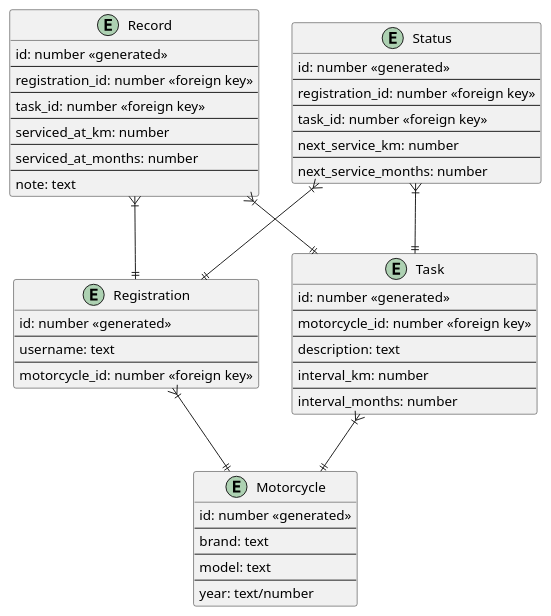
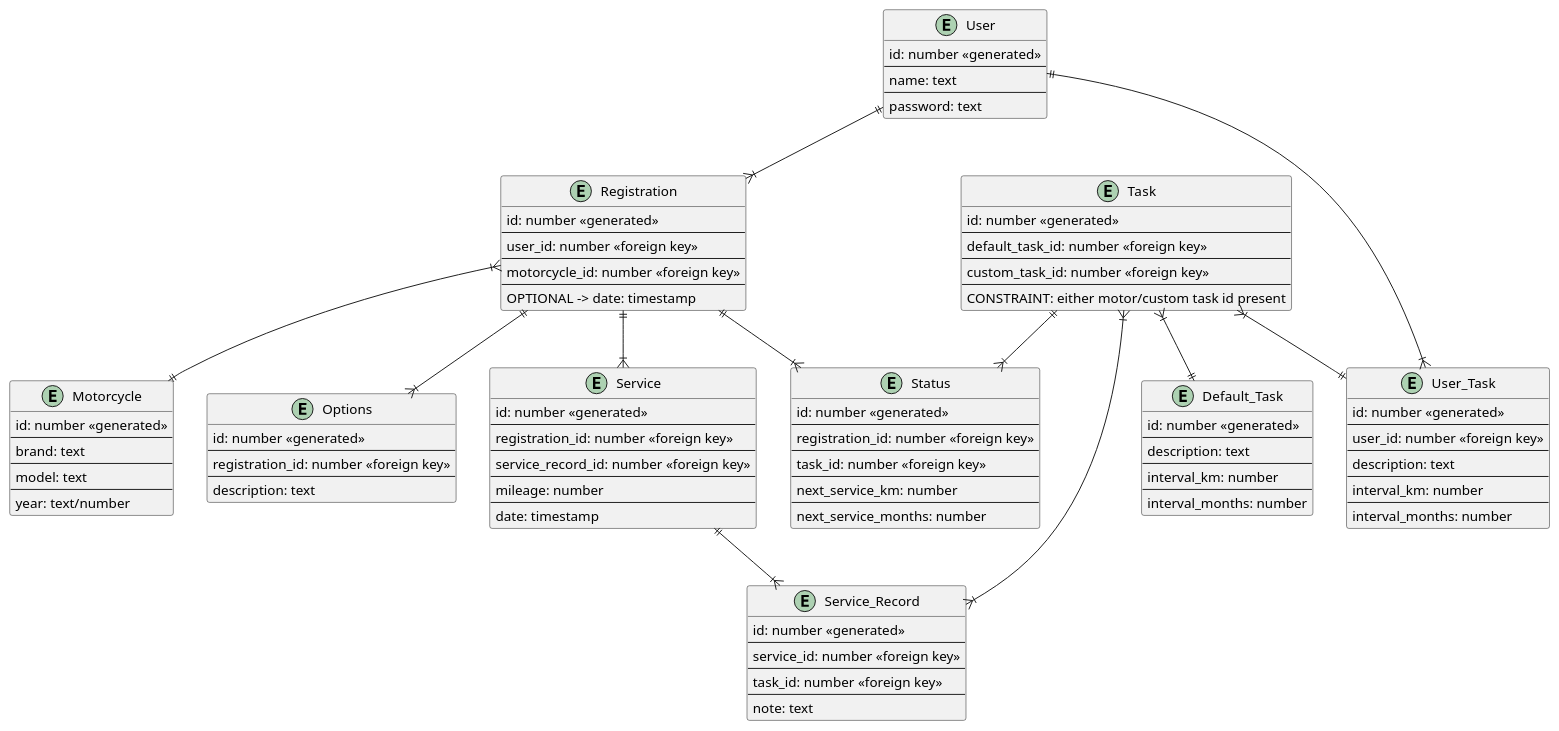
One commit to git-jasper/graphql changed the diagram in diagrams/entity-diagram.puml. Above: the diagram before and after it, drawn with PlantUML. The commit also changed 1 other file, not shown here.

Commit message:
update entity diagram

```diff
--- a/diagrams/entity-diagram.puml
+++ b/diagrams/entity-diagram.puml
@@ -1,65 +1,118 @@
 @startuml
 
-entity "Registration" as R {
+entity "User" as U {
 id: number <<generated>>
 --
-username: text
+name: text
 --
-motorcycle_id: number <<foreign key>>
+password: text
 }
 
 entity "Motorcycle" as M {
 id: number <<generated>>
 --
 brand: text
 --
 model: text
 --
 year: text/number
 }
 
-entity "Task" as T {
+entity "Registration" as R {
 id: number <<generated>>
 --
+user_id: number <<foreign key>>
+--
 motorcycle_id: number <<foreign key>>
+--
+OPTIONAL -> date: timestamp
+}
+
+entity "Options" as O {
+id: number <<generated>>
+--
+registration_id: number <<foreign key>>
+--
+description: text
+}
+
+entity "Service" as S {
+id: number <<generated>>
+--
+registration_id: number <<foreign key>>
+--
+service_record_id: number <<foreign key>>
+--
+mileage: number
+--
+date: timestamp
+}
+
+entity "Default_Task" as DT {
+id: number <<generated>>
 --
 description: text
 --
 interval_km: number
 --
 interval_months: number
 }
 
-entity "Record" as SE {
+entity "User_Task" as UT {
 id: number <<generated>>
 --
-registration_id: number <<foreign key>>
+user_id: number <<foreign key>>
+--
+description: text
+--
+interval_km: number
+--
+interval_months: number
+}
+
+entity "Task" as T {
+id: number <<generated>>
+--
+default_task_id: number <<foreign key>>
+--
+custom_task_id: number <<foreign key>>
+--
+CONSTRAINT: either motor/custom task id present
+}
+
+entity "Service_Record" as SR {
+id: number <<generated>>
+--
+service_id: number <<foreign key>>
 --
 task_id: number <<foreign key>>
---
-serviced_at_km: number
---
-serviced_at_months: number
 --
 note: text
 }
 
 entity "Status" as SS  {
 id: number <<generated>>
 --
 registration_id: number <<foreign key>>
 --
 task_id: number <<foreign key>>
 --
 next_service_km: number
 --
 next_service_months: number
 }
 
+
+U ||--|{ R
+U ||--|{ UT
 R }|--|| M
-T }|--|| M
-SE }|--|| R
-SE }|--|| T
-SS }|--|| R
-SS }|--|| T
+R ||--|{ S
+R ||--|{ O
+R ||--|{ SS
+S ||--|{ SR
+T }|--|| DT
+T }|--|| UT
+T }|--|{ SR
+T ||--|{ SS
+
 @enduml
```
